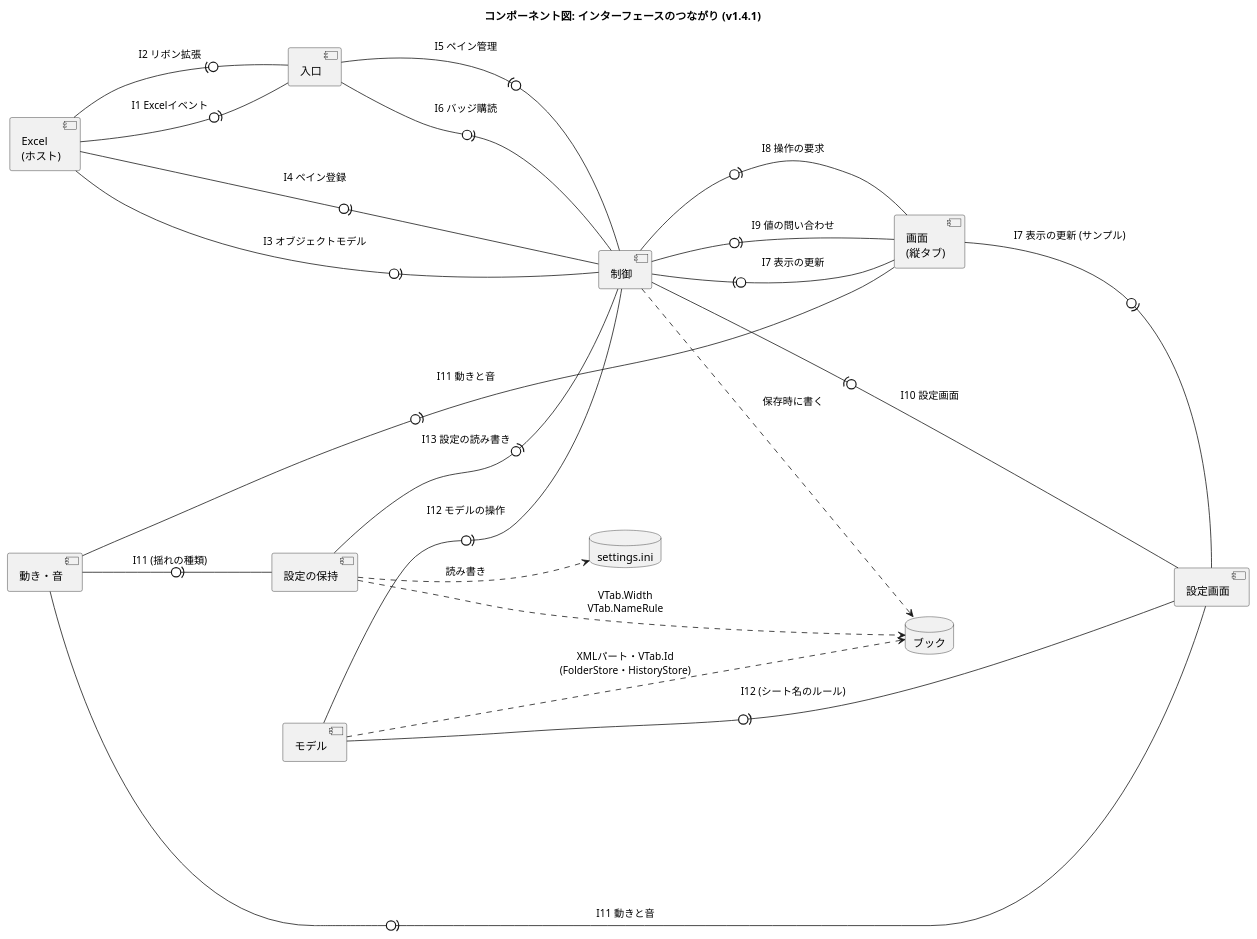
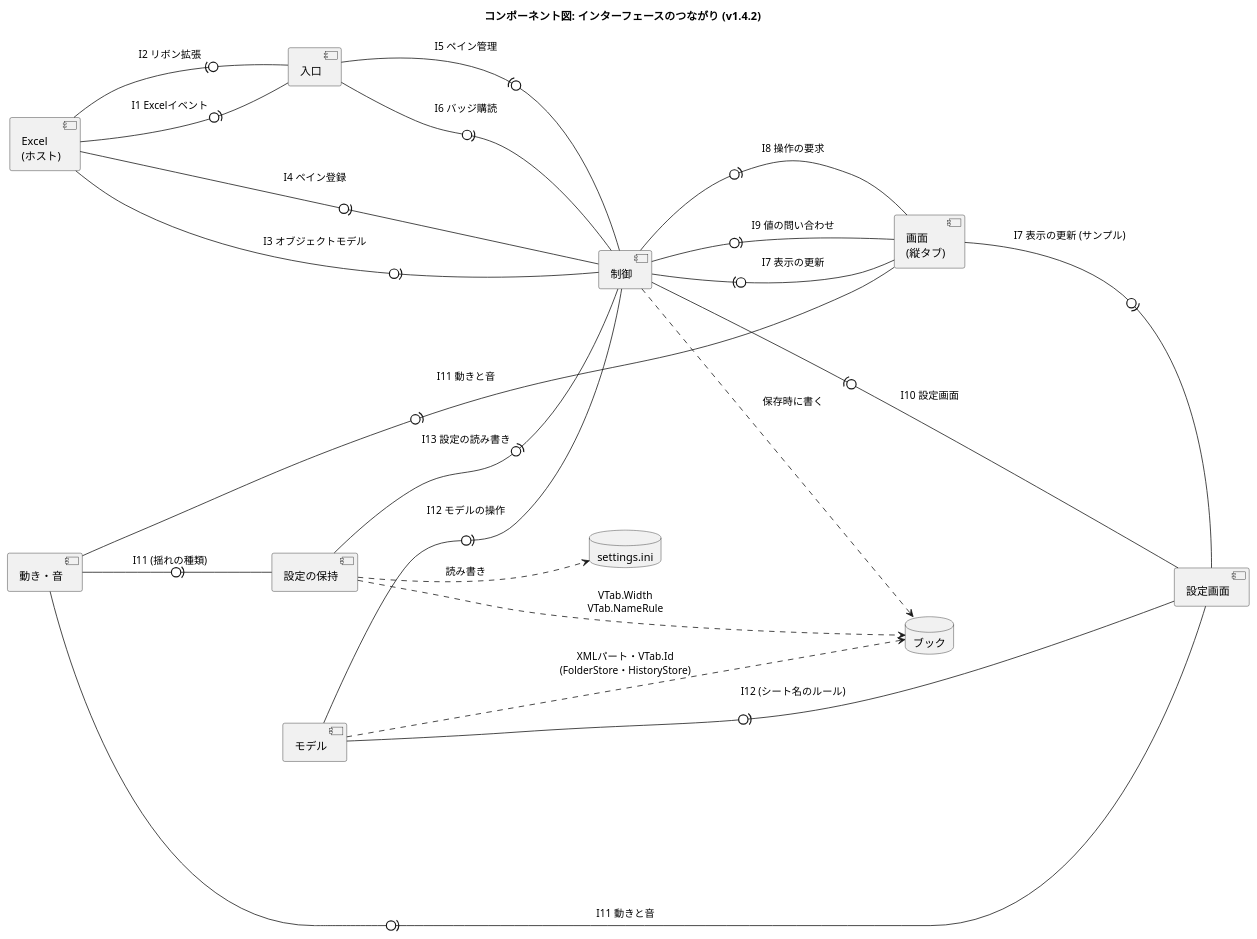
One commit to nk-taka623/VerticalSheetTabs changed the diagram in docs/component-interface.puml. Above: the diagram before and after it, drawn with PlantUML. The commit also changed 14 other files, not shown here.

Commit message:
v1.4.2 にする (バージョン、README の変更点、設計図の版数)

```diff
--- a/docs/component-interface.puml
+++ b/docs/component-interface.puml
@@ -1,43 +1,43 @@
 @startuml
-title コンポーネント図: インターフェースのつながり (v1.4.1)
+title コンポーネント図: インターフェースのつながり (v1.4.2)
 left to right direction
 skinparam componentStyle uml2
 skinparam shadowing false
 skinparam nodesep 50
 skinparam ranksep 110
 
 component "Excel\n(ホスト)" as HOST
 component "入口" as ENTRY
 component "制御" as CTRL
 component "画面\n(縦タブ)" as VIEW
 component "設定画面" as SETTINGS
 component "動き・音" as FX
 component "モデル" as MODEL
 component "設定の保持" as CONFIG
 database "ブック" as BOOK
 database "settings.ini" as INI
 
 ' 「提供側 -0)- 利用側」: 丸が提供するインターフェース、受け口が利用 (I1 から I13 は、DEVELOPMENT.md の表)
 HOST -0)- ENTRY : I1 Excelイベント
 ENTRY -0)- HOST : I2 リボン拡張
 HOST -0)- CTRL : I3 オブジェクトモデル
 HOST -0)- CTRL : I4 ペイン登録
 CTRL -0)- ENTRY : I5 ペイン管理
 ENTRY -0)- CTRL : I6 バッジ購読
 VIEW -0)- CTRL : I7 表示の更新
 CTRL -0)- VIEW : I8 操作の要求
 CTRL -0)- VIEW : I9 値の問い合わせ
 SETTINGS -0)- CTRL : I10 設定画面
 VIEW -0)- SETTINGS : I7 表示の更新 (サンプル)
 FX -0)- VIEW : I11 動きと音
 FX -0)- SETTINGS : I11 動きと音
 FX -0)- CONFIG : I11 (揺れの種類)
 MODEL -0)- CTRL : I12 モデルの操作
 MODEL -0)- SETTINGS : I12 (シート名のルール)
 CONFIG -0)- CTRL : I13 設定の読み書き
 
 CTRL ..> BOOK : 保存時に書く
 MODEL ..> BOOK : XMLパート・VTab.Id\n(FolderStore・HistoryStore)
 CONFIG ..> BOOK : VTab.Width\nVTab.NameRule
 CONFIG ..> INI : 読み書き
 @enduml
```
